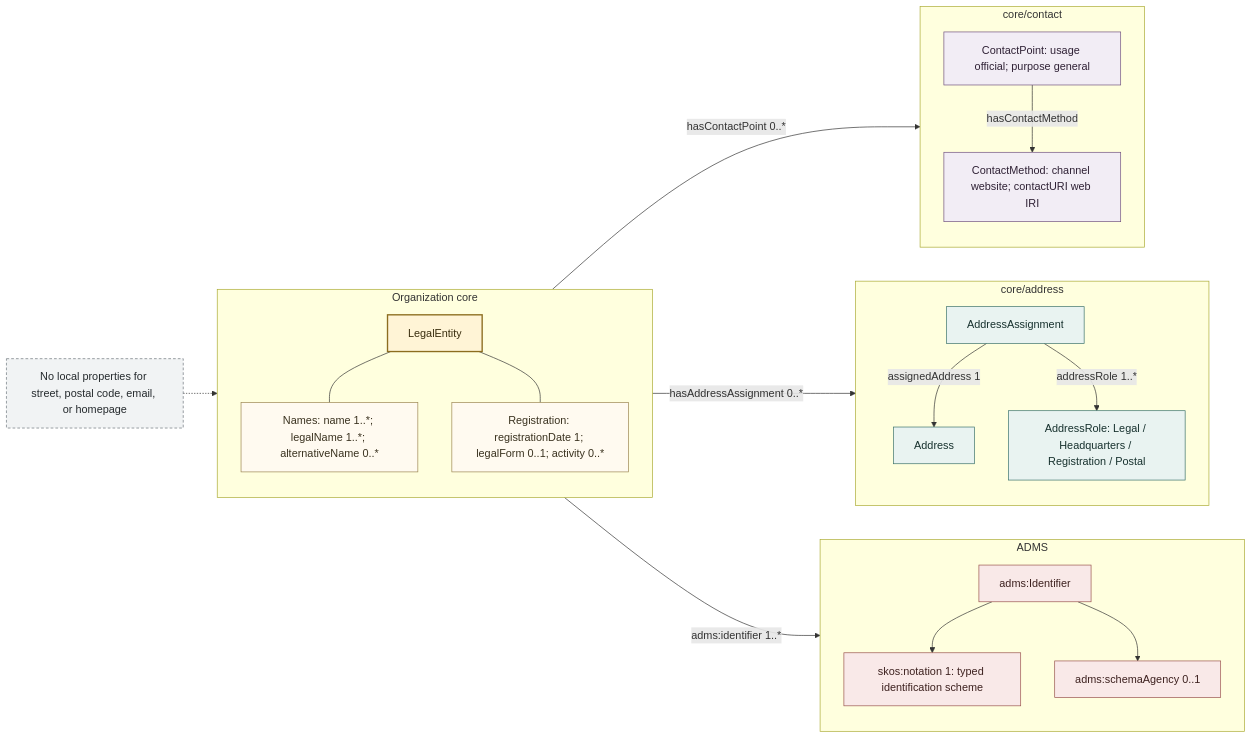
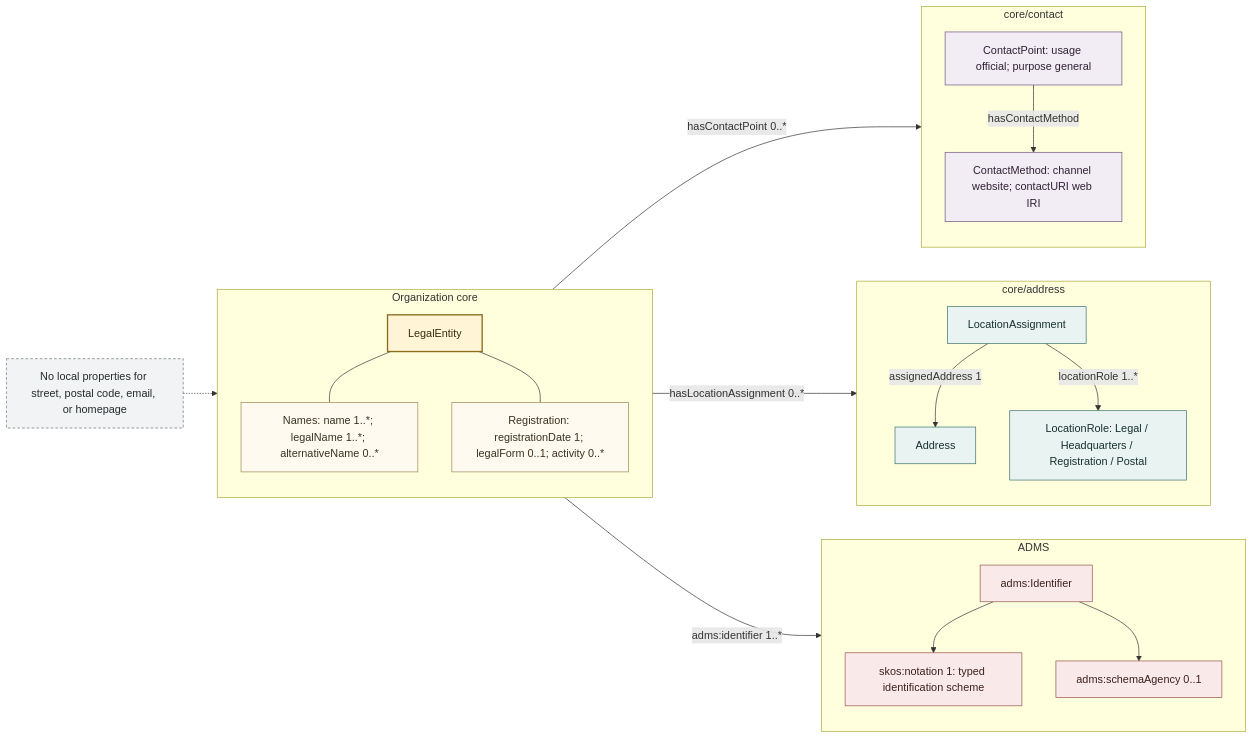
One commit to project-construct-x/constructx-ontologies changed the second of 4 diagrams in modules/core/organization/docs/diagrams/organization-concept-model.md. Above: the diagram before and after it, drawn with Mermaid. The commit also changed 97 other files, not shown here.

Commit message:
feat(core): migrate Address and Contact to location assignments

````diff
--- a/modules/core/organization/docs/diagrams/organization-concept-model.md
+++ b/modules/core/organization/docs/diagrams/organization-concept-model.md
@@ -67,58 +67,58 @@
 ```mermaid
 flowchart LR
     subgraph CORE["Organization core"]
         direction TB
         Legal["LegalEntity"]
         Names["Names: name 1..*; legalName 1..*; alternativeName 0..*"]
         Registration["Registration: registrationDate 1; legalForm 0..1; activity 0..*"]
 
         Legal --- Names
         Legal --- Registration
     end
 
     subgraph IDENTIFIERS["ADMS"]
         direction TB
         Identifier["adms:Identifier"]
         Notation["skos:notation 1: typed identification scheme"]
         Agency["adms:schemaAgency 0..1"]
         Identifier --> Notation
         Identifier --> Agency
     end
 
     subgraph ADDRESS["core/address"]
         direction TB
-        AddressAssignment["AddressAssignment"]
+        LocationAssignment["LocationAssignment"]
         Address["Address"]
-        AddressRole["AddressRole: Legal / Headquarters / Registration / Postal"]
-        AddressAssignment -->|"assignedAddress 1"| Address
-        AddressAssignment -->|"addressRole 1..*"| AddressRole
+        LocationRole["LocationRole: Legal / Headquarters / Registration / Postal"]
+        LocationAssignment -->|"assignedAddress 1"| Address
+        LocationAssignment -->|"locationRole 1..*"| LocationRole
     end
 
     subgraph CONTACT["core/contact"]
         direction TB
         ContactPoint["ContactPoint: usage official; purpose general"]
         Website["ContactMethod: channel website; contactURI web IRI"]
         ContactPoint -->|"hasContactMethod"| Website
     end
 
     Legal -->|"adms:identifier 1..*"| Identifier
-    Legal -->|"hasAddressAssignment 0..*"| AddressAssignment
+    Legal -->|"hasLocationAssignment 0..*"| LocationAssignment
     Legal -->|"hasContactPoint 0..*"| ContactPoint
 
     Note["No local properties for street, postal code, email, or homepage"]
     Note -.-> Legal
 
     classDef core fill:#fff4d6,stroke:#8c6d1f,color:#392d0e,stroke-width:2px;
     classDef detail fill:#fffaf0,stroke:#9b8550,color:#3a321f;
     classDef identifier fill:#f9e9e8,stroke:#99534d,color:#3d211f;
     classDef address fill:#e9f3f1,stroke:#39706a,color:#17312e;
     classDef contact fill:#f2edf5,stroke:#70517d,color:#2f2135;
     classDef note fill:#f1f3f4,stroke:#6b747a,color:#252a2d,stroke-dasharray:4 3;
 
     class Legal core;
     class Names,Registration detail;
     class Identifier,Notation,Agency identifier;
-    class AddressAssignment,Address,AddressRole address;
+    class LocationAssignment,Address,LocationRole address;
     class ContactPoint,Website contact;
     class Note note;
 ```
````
